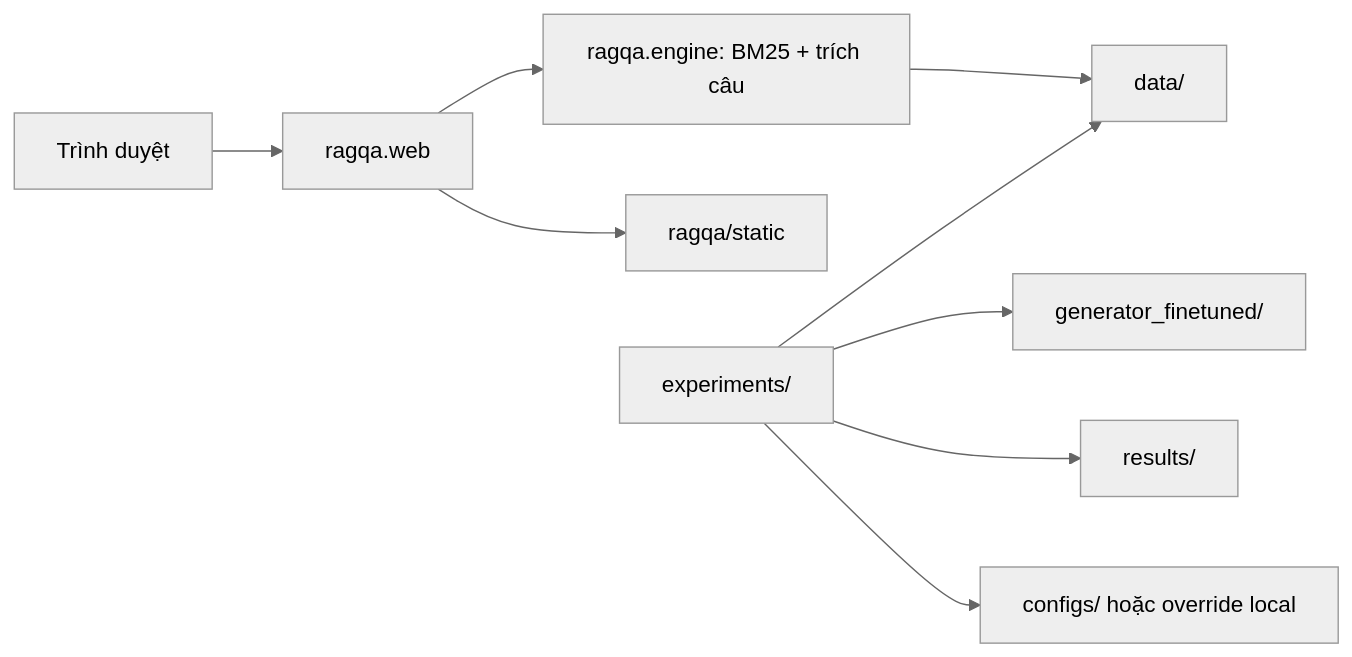
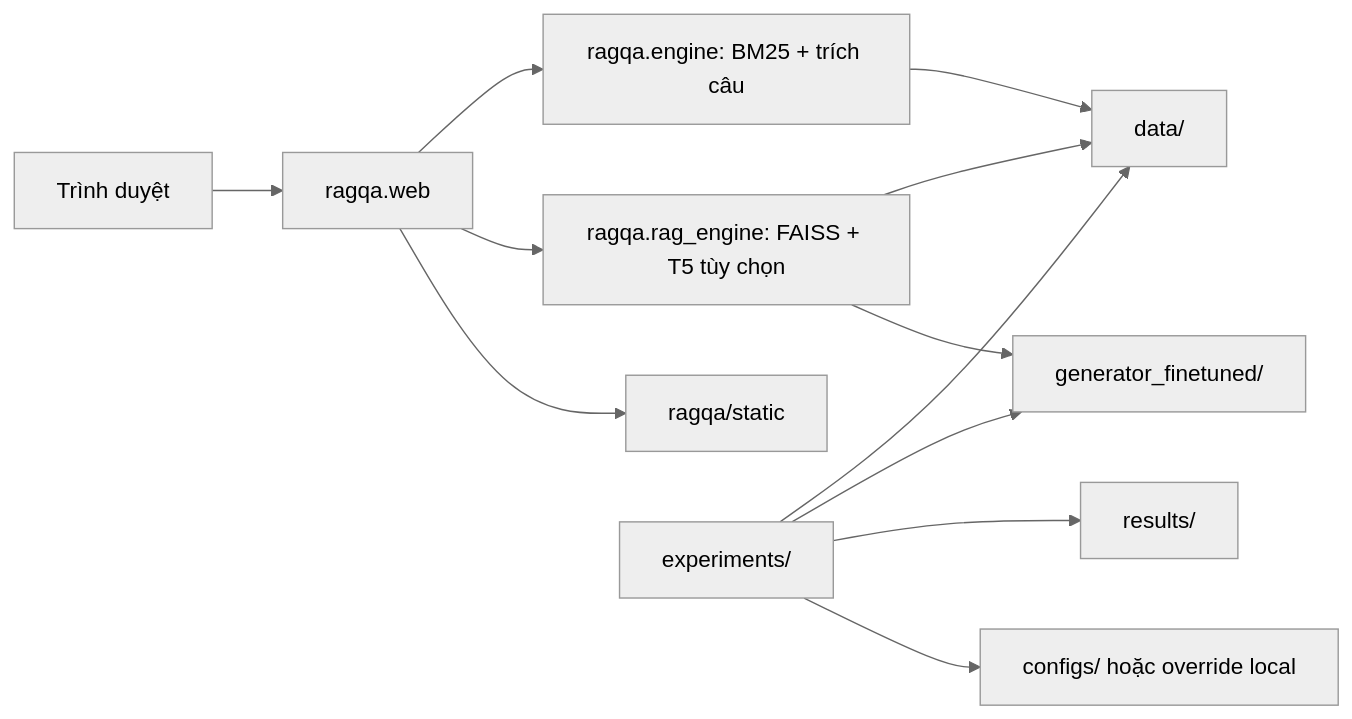
Before and after one commit to ddloi/rag-question-answering: the diagram in docs/ARCHITECTURE.md, drawn with Mermaid (neutral theme). The commit also changed other lines of this file and 62 other files, not shown here.

````diff
--- a/docs/ARCHITECTURE.md
+++ b/docs/ARCHITECTURE.md
@@ -25,11 +26,14 @@
 ```mermaid
 flowchart LR
     Browser[Trình duyệt] --> Web[ragqa.web]
     Web --> Engine[ragqa.engine: BM25 + trích câu]
+    Web --> Neural[ragqa.rag_engine: FAISS + T5 tùy chọn]
+    Neural --> Data
+    Neural --> Model
     Web --> Static[ragqa/static]
     Engine --> Data[data/]
     Research[experiments/] --> Data
     Research --> Model[generator_finetuned/]
     Research --> Results[results/]
     Research --> Config[configs/ hoặc override local]
 ```
````
